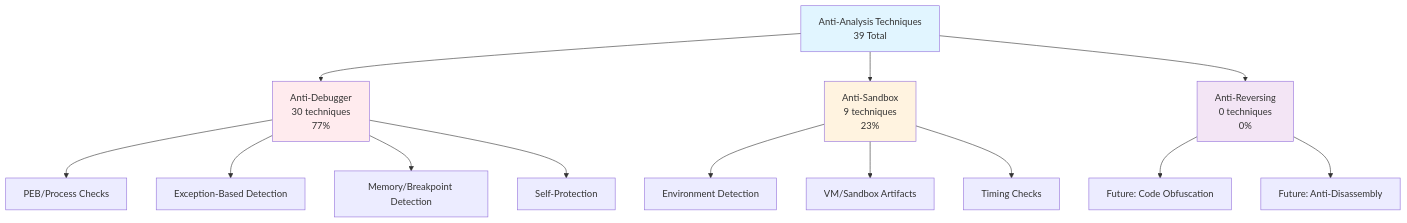
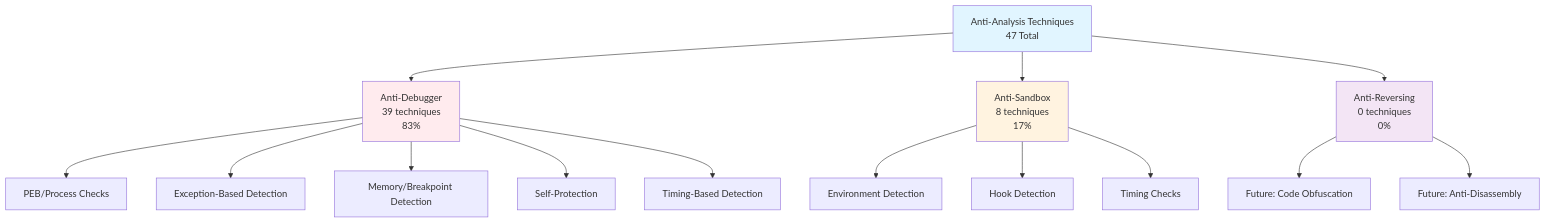
Before and after one commit to mabj/anti: the first of 8 diagrams in docs/diagrams/taxonomy.md, drawn with Mermaid. The commit also changed other lines of this file, not shown here.

````diff
--- a/docs/diagrams/taxonomy.md
+++ b/docs/diagrams/taxonomy.md
@@ -7,23 +7,24 @@
 ```mermaid
 graph TB
-    A[Anti-Analysis Techniques<br/>39 Total] --> B[Anti-Debugger<br/>30 techniques<br/>77%]
-    A --> C[Anti-Sandbox<br/>9 techniques<br/>23%]
+    A[Anti-Analysis Techniques<br/>47 Total] --> B[Anti-Debugger<br/>39 techniques<br/>83%]
+    A --> C[Anti-Sandbox<br/>8 techniques<br/>17%]
     A --> D[Anti-Reversing<br/>0 techniques<br/>0%]
 
     B --> B1[PEB/Process Checks]
     B --> B2[Exception-Based Detection]
     B --> B3[Memory/Breakpoint Detection]
     B --> B4[Self-Protection]
+    B --> B5[Timing-Based Detection]
 
     C --> C1[Environment Detection]
-    C --> C2[VM/Sandbox Artifacts]
+    C --> C2[Hook Detection]
     C --> C3[Timing Checks]
 
     D --> D1[Future: Code Obfuscation]
     D --> D2[Future: Anti-Disassembly]
 
     style A fill:#e1f5ff
     style B fill:#ffebee
     style C fill:#fff3e0
     style D fill:#f3e5f5
 ```
````
